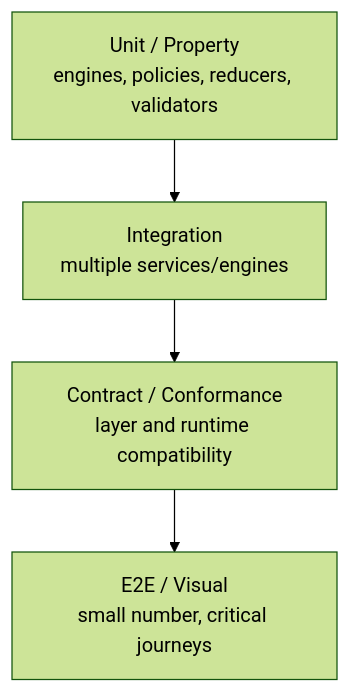
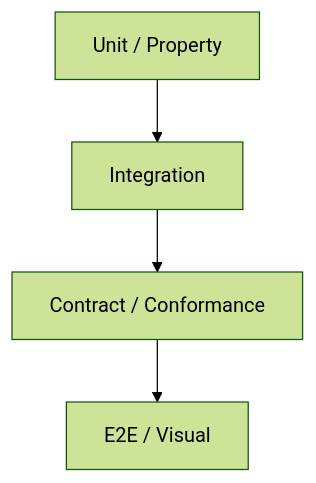
Before and after one commit to mkunze8187-cmd/bible-challenge: the first of 3 diagrams in docs/development/build-test-deploy.md, drawn with Mermaid (forest theme). The commit also changed other lines of this file, not shown here.

````diff
--- a/docs/development/build-test-deploy.md
+++ b/docs/development/build-test-deploy.md
@@ -125,8 +96,8 @@
 ```mermaid
 flowchart TB
-  E2E[E2E / Visual\nsmall number, critical journeys]
-  CON[Contract / Conformance\nlayer and runtime compatibility]
-  INT[Integration\nmultiple services/engines]
-  UNIT[Unit / Property\nengines, policies, reducers, validators]
+  E2E[E2E / Visual]
+  CON[Contract / Conformance]
+  INT[Integration]
+  UNIT[Unit / Property]
   UNIT --> INT --> CON --> E2E
 ```
````
